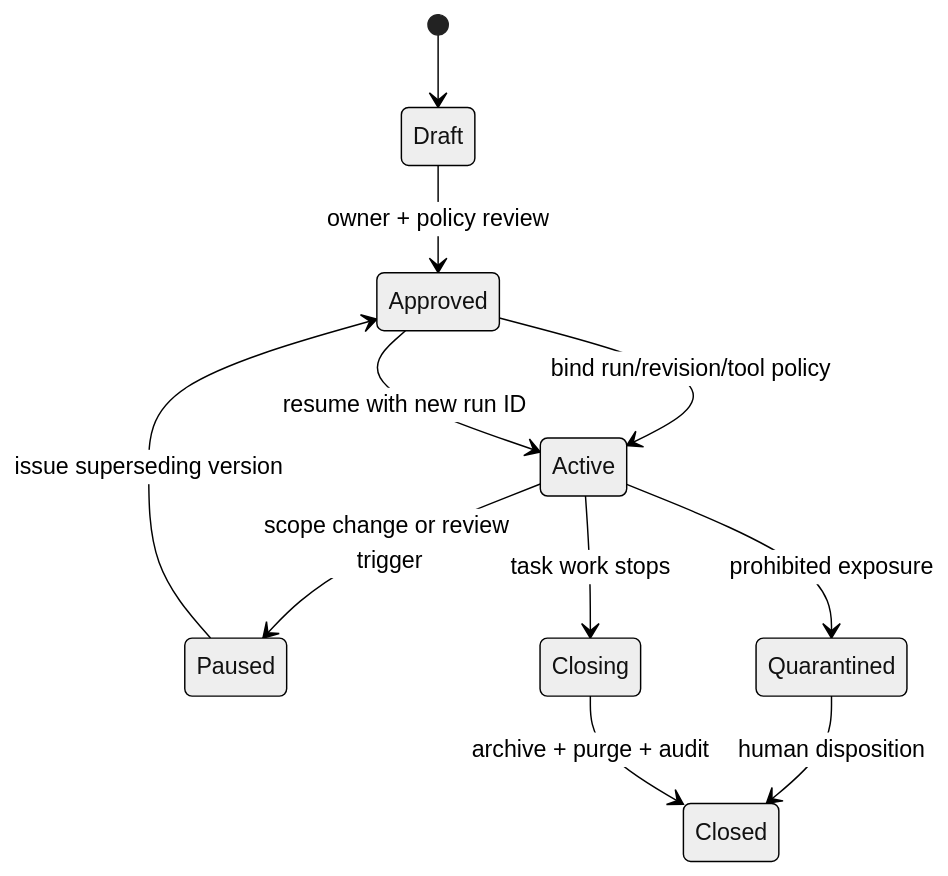
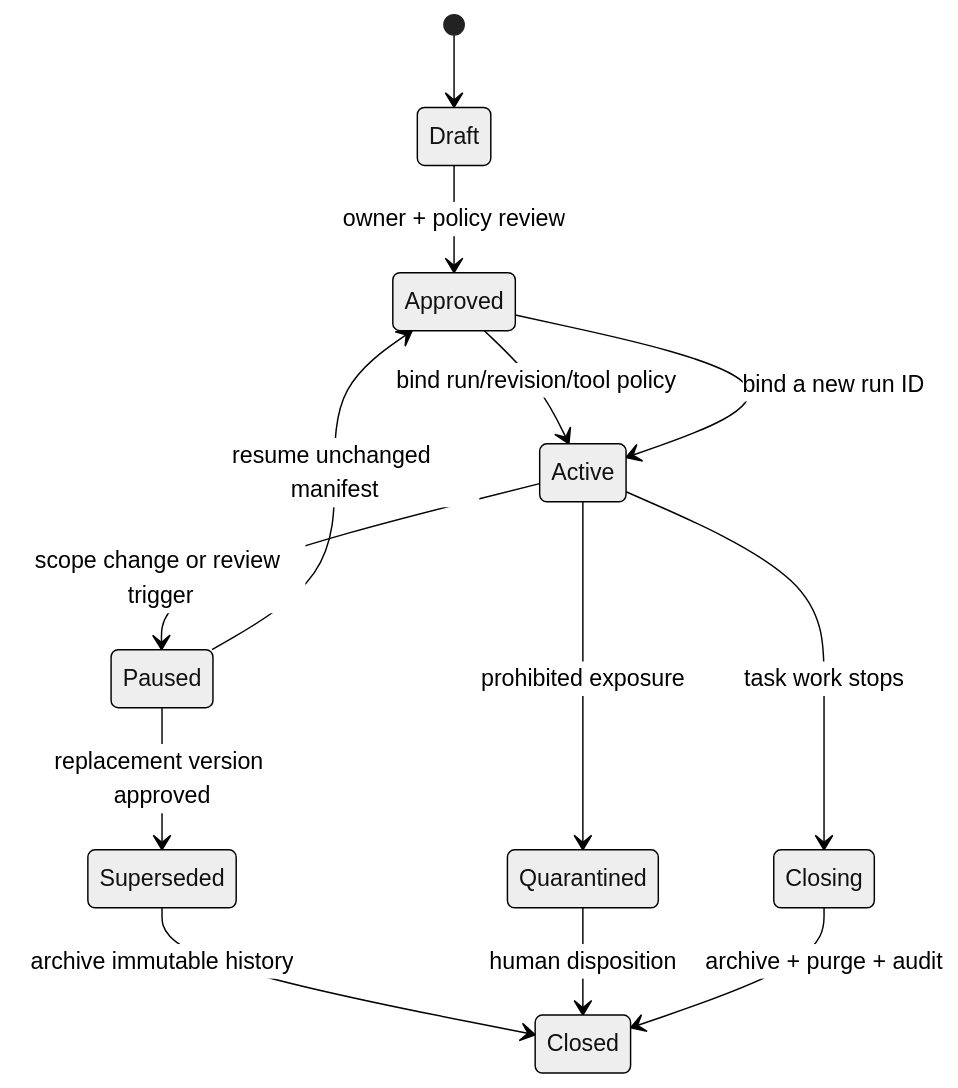
The second of 2 diagrams in book/src/appendices/context-permissions.md (ZhangHanDong/coreutils), drawn with Mermaid (neutral theme) before and after one commit. The commit also changed other lines of this file and 7 other files, not shown here.

````diff
--- a/book/src/appendices/context-permissions.md
+++ b/book/src/appendices/context-permissions.md
@@ -168,13 +168,15 @@
 ```mermaid
 stateDiagram-v2
     [*] --> Draft
     Draft --> Approved: owner + policy review
     Approved --> Active: bind run/revision/tool policy
     Active --> Paused: scope change or review trigger
-    Paused --> Approved: issue superseding version
-    Approved --> Active: resume with new run ID
+    Paused --> Approved: resume unchanged manifest
+    Paused --> Superseded: replacement version approved
+    Superseded --> Closed: archive immutable history
+    Approved --> Active: bind a new run ID
     Active --> Quarantined: prohibited exposure
     Quarantined --> Closed: human disposition
     Active --> Closing: task work stops
     Closing --> Closed: archive + purge + audit
 ```
````
